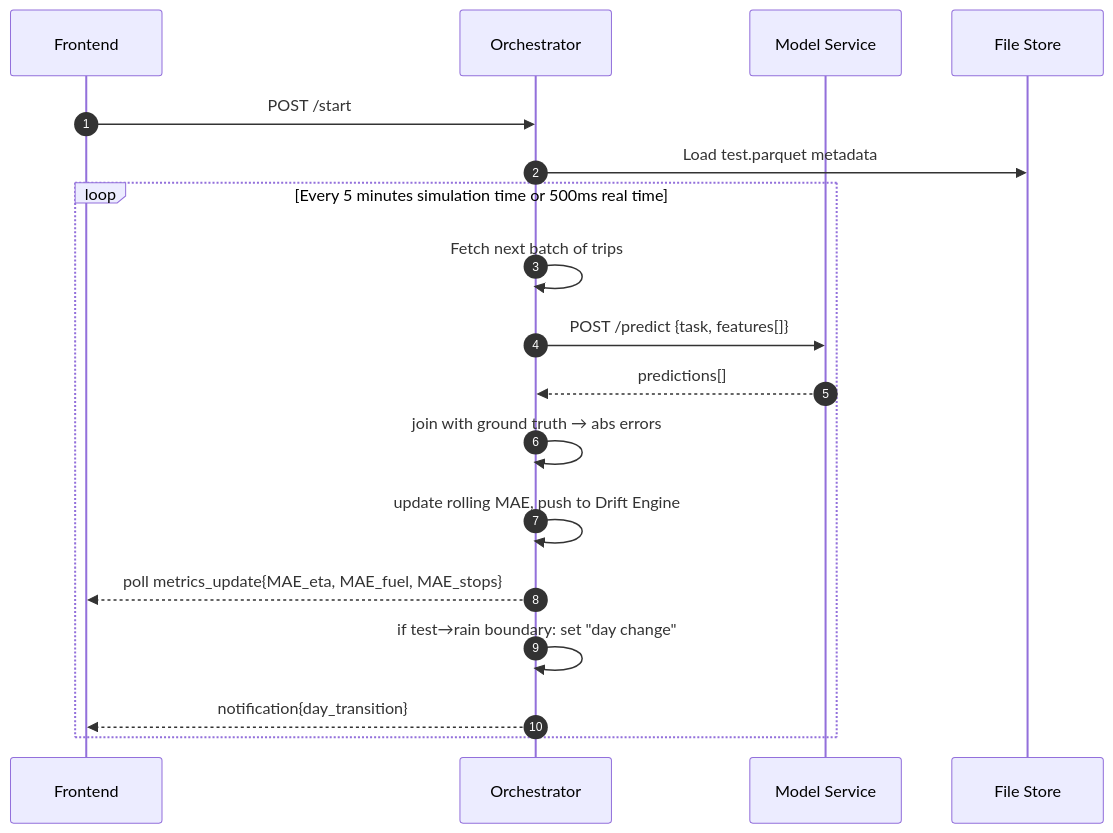
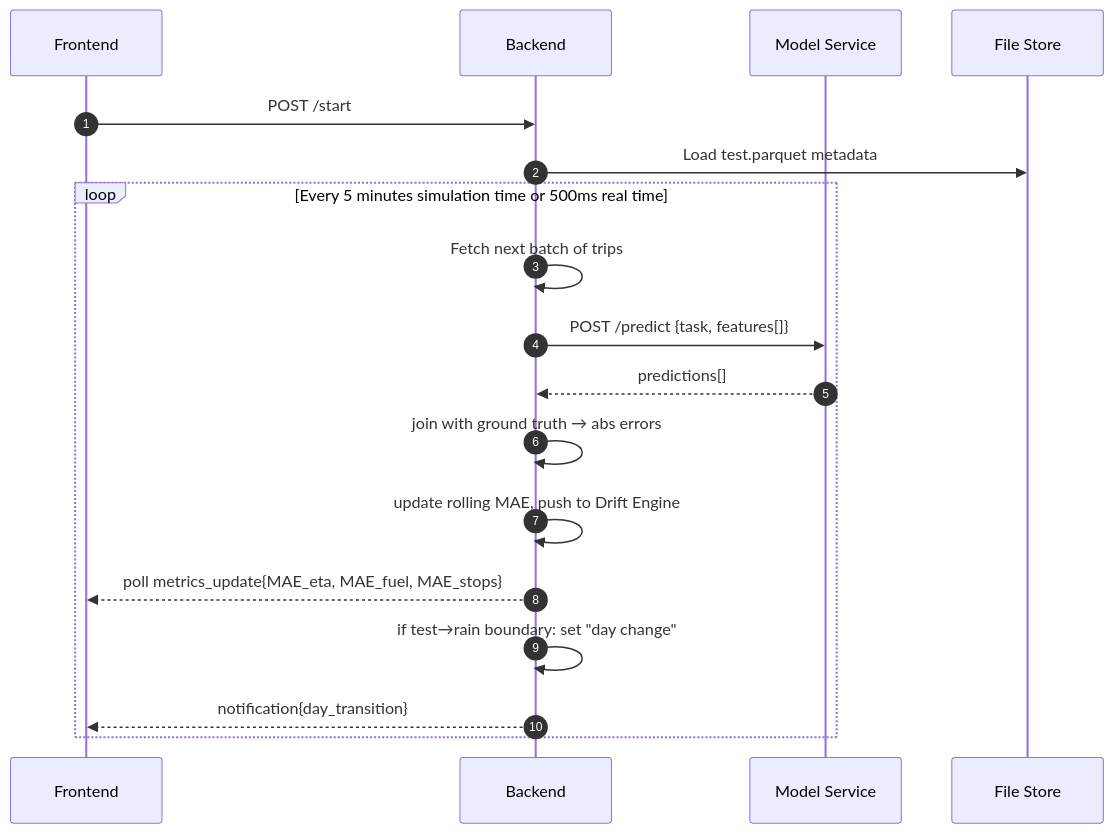
One commit to geokyr/diploma-thesis changed the second of 4 diagrams in platform.md. Above: the diagram before and after it, drawn with Mermaid. The commit also changed other lines of this file, not shown here.

Commit message:
updated orchestrator to backend

````diff
--- a/platform.md
+++ b/platform.md
@@ -106,21 +106,21 @@
 ```mermaid
 sequenceDiagram
   autonumber
   participant UI as Frontend
-  participant ORCH as Orchestrator
+  participant BE as Backend
   participant MS as Model Service
   participant FS as File Store
 
-  UI->>ORCH: POST /start
-  ORCH->>FS: Load test.parquet metadata
+  UI->>BE: POST /start
+  BE->>FS: Load test.parquet metadata
   loop Every 5 minutes simulation time or 500ms real time
-    ORCH->>ORCH: Fetch next batch of trips
-    ORCH->>MS: POST /predict {task, features[]}
-    MS-->>ORCH: predictions[]
-    ORCH->>ORCH: join with ground truth → abs errors
-    ORCH->>ORCH: update rolling MAE, push to Drift Engine
-    ORCH-->>UI: poll metrics_update{MAE_eta, MAE_fuel, MAE_stops}
-    ORCH->>ORCH: if test→rain boundary: set "day change"
-    ORCH-->>UI: notification{day_transition}
+    BE->>BE: Fetch next batch of trips
+    BE->>MS: POST /predict {task, features[]}
+    MS-->>BE: predictions[]
+    BE->>BE: join with ground truth → abs errors
+    BE->>BE: update rolling MAE, push to Drift Engine
+    BE-->>UI: poll metrics_update{MAE_eta, MAE_fuel, MAE_stops}
+    BE->>BE: if test→rain boundary: set "day change"
+    BE-->>UI: notification{day_transition}
   end
 ```
````
